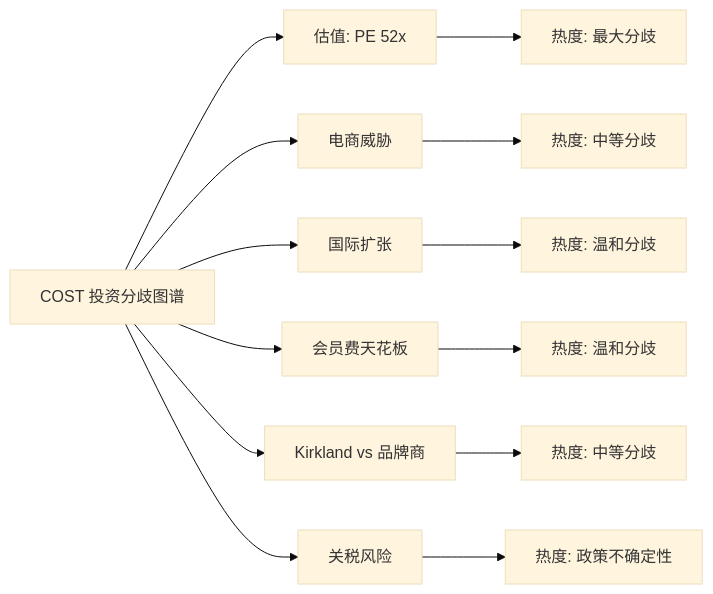
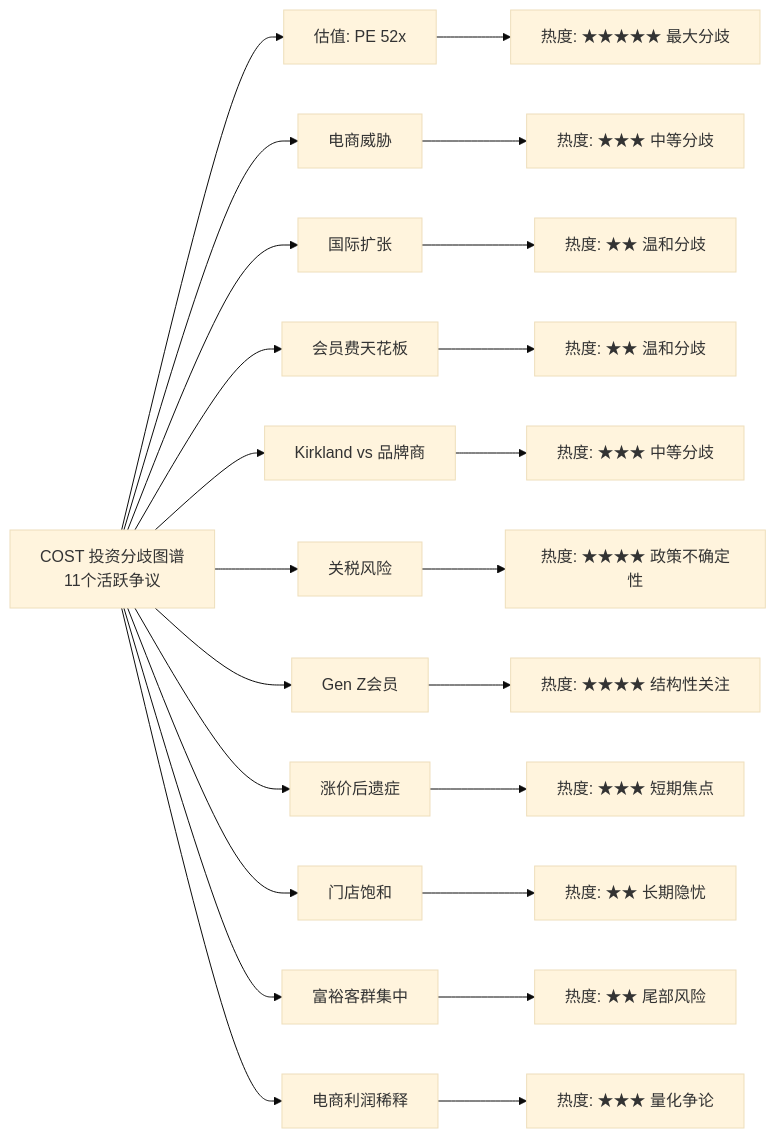
The seventh of 24 diagrams in reports/COST_Ultimate_Analysis_v20.0.md (miltonnewyork25-afk/investment-master), drawn with Mermaid (base theme) before and after one commit. The commit also changed other lines of this file, not shown here.

````diff
--- a/reports/COST_Ultimate_Analysis_v20.0.md
+++ b/reports/COST_Ultimate_Analysis_v20.0.md
@@ -1244,15 +1330,26 @@
 ```mermaid
 graph LR
-    A[COST 投资分歧图谱] --> B[估值: PE 52x]
+    A[COST 投资分歧图谱<br/>11个活跃争议] --> B[估值: PE 52x]
     A --> C[电商威胁]
     A --> D[国际扩张]
     A --> E[会员费天花板]
     A --> F[Kirkland vs 品牌商]
     A --> G[关税风险]
-    B --> B1[热度: 最大分歧]
-    C --> C1[热度: 中等分歧]
-    D --> D1[热度: 温和分歧]
-    E --> E1[热度: 温和分歧]
-    F --> F1[热度: 中等分歧]
-    G --> G1[热度: 政策不确定性]
+    A --> H[Gen Z会员]
+    A --> I[涨价后遗症]
+    A --> J[门店饱和]
+    A --> K[富裕客群集中]
+    A --> L[电商利润稀释]
+
+    B --> B1[热度: ★★★★★ 最大分歧]
+    G --> G1[热度: ★★★★ 政策不确定性]
+    H --> H1[热度: ★★★★ 结构性关注]
+    I --> I1[热度: ★★★ 短期焦点]
+    C --> C1[热度: ★★★ 中等分歧]
+    F --> F1[热度: ★★★ 中等分歧]
+    L --> L1[热度: ★★★ 量化争论]
+    D --> D1[热度: ★★ 温和分歧]
+    E --> E1[热度: ★★ 温和分歧]
+    J --> J1[热度: ★★ 长期隐忧]
+    K --> K1[热度: ★★ 尾部风险]
 ```
````
